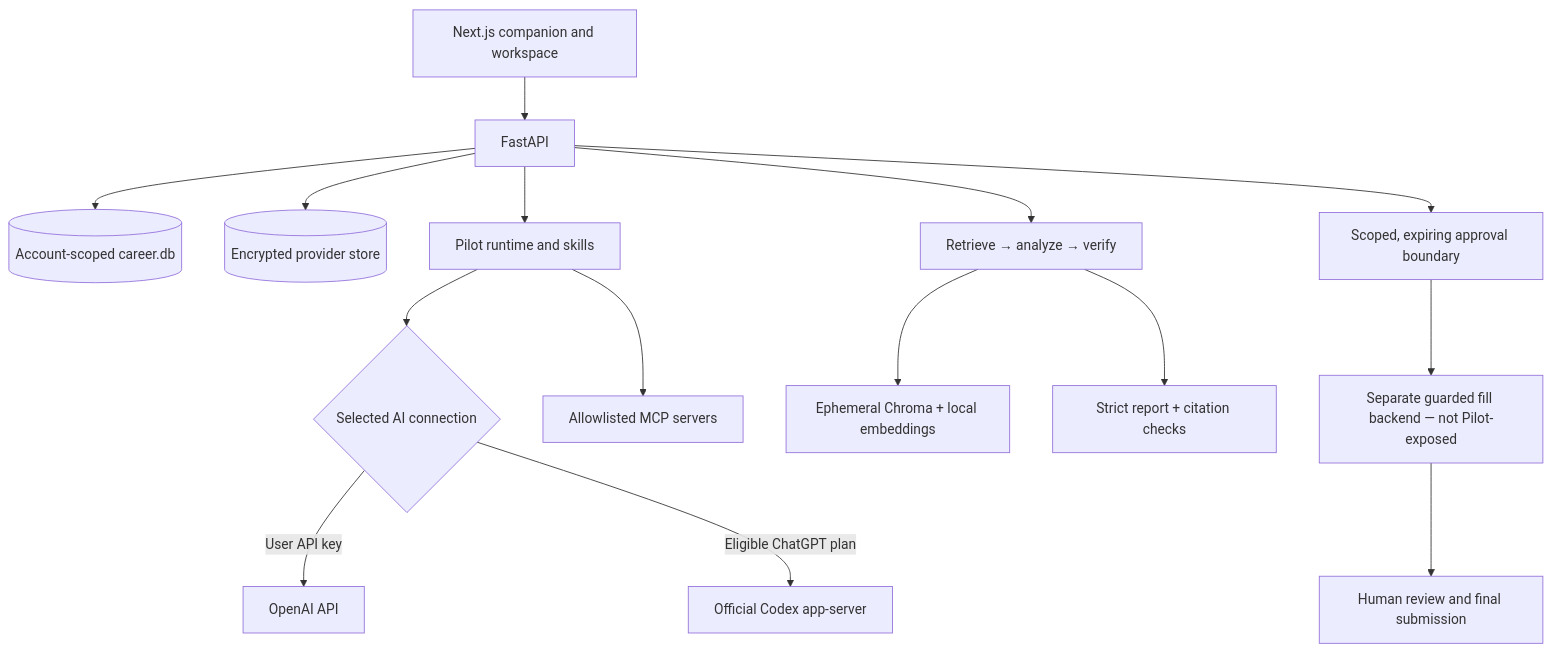
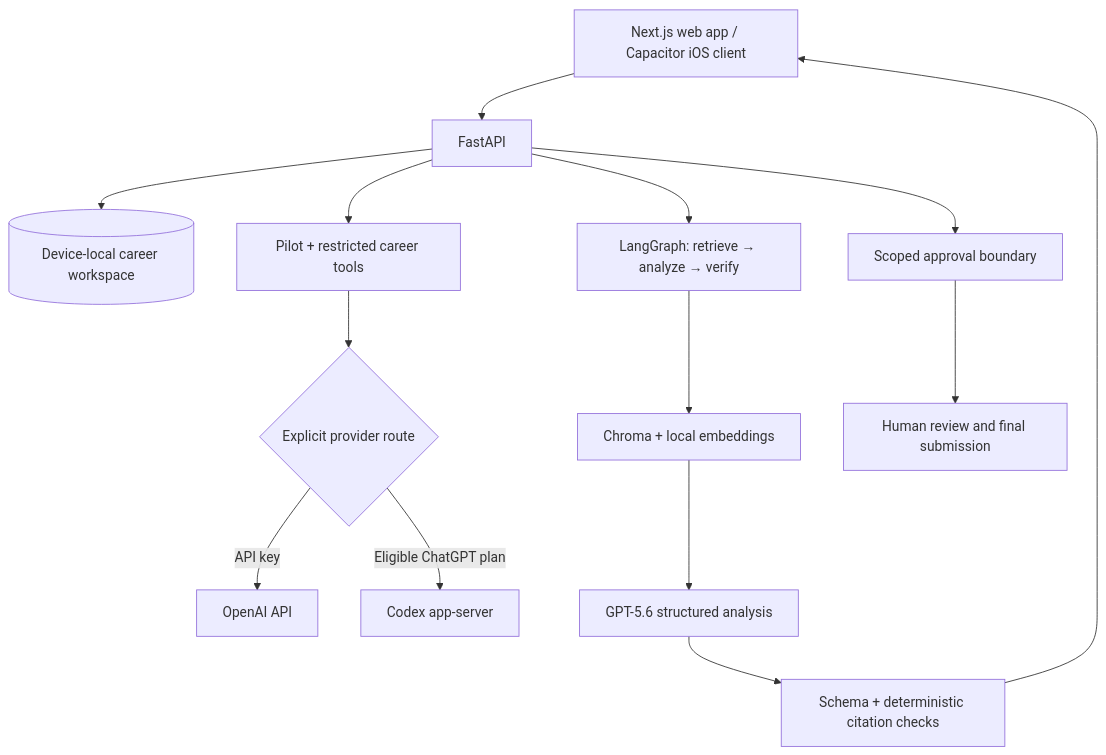
Before and after one commit to lololo-xiao/career-pilot: the second of 2 diagrams in README.md, drawn with Mermaid. The commit also changed other lines of this file and 4 other files, not shown here.

````diff
--- a/README.md
+++ b/README.md
@@ -129,17 +148,16 @@
 ```mermaid
 flowchart TB
-    UI[Next.js companion and workspace] --> API[FastAPI]
-    API --> DB[(Account-scoped career.db)]
-    API --> AUTH[(Encrypted provider store)]
-    API --> PILOT[Pilot runtime and skills]
-    PILOT --> ROUTE{Selected AI connection}
-    ROUTE -->|User API key| OPENAI[OpenAI API]
-    ROUTE -->|Eligible ChatGPT plan| CODEX[Official Codex app-server]
-    PILOT --> MCP[Allowlisted MCP servers]
-    API --> MATCH[Retrieve → analyze → verify]
-    MATCH --> CHROMA[Ephemeral Chroma + local embeddings]
-    MATCH --> REPORT[Strict report + citation checks]
-    API --> APPROVAL[Scoped, expiring approval boundary]
-    APPROVAL --> FORM[Separate guarded fill backend — not Pilot-exposed]
-    FORM --> HUMAN[Human review and final submission]
+    UI["Next.js web app / Capacitor iOS client"] --> API["FastAPI"]
+    API --> DB[("Device-local career workspace")]
+    API --> PILOT["Pilot + restricted career tools"]
+    PILOT --> ROUTE{"Explicit provider route"}
+    ROUTE -->|API key| OPENAI["OpenAI API"]
+    ROUTE -->|Eligible ChatGPT plan| CODEX["Codex app-server"]
+    API --> GRAPH["LangGraph: retrieve → analyze → verify"]
+    GRAPH --> RETRIEVE["Chroma + local embeddings"]
+    RETRIEVE --> GPT["GPT-5.6 structured analysis"]
+    GPT --> VERIFY["Schema + deterministic citation checks"]
+    VERIFY --> UI
+    API --> APPROVAL["Scoped approval boundary"]
+    APPROVAL --> HUMAN["Human review and final submission"]
 ```
````
